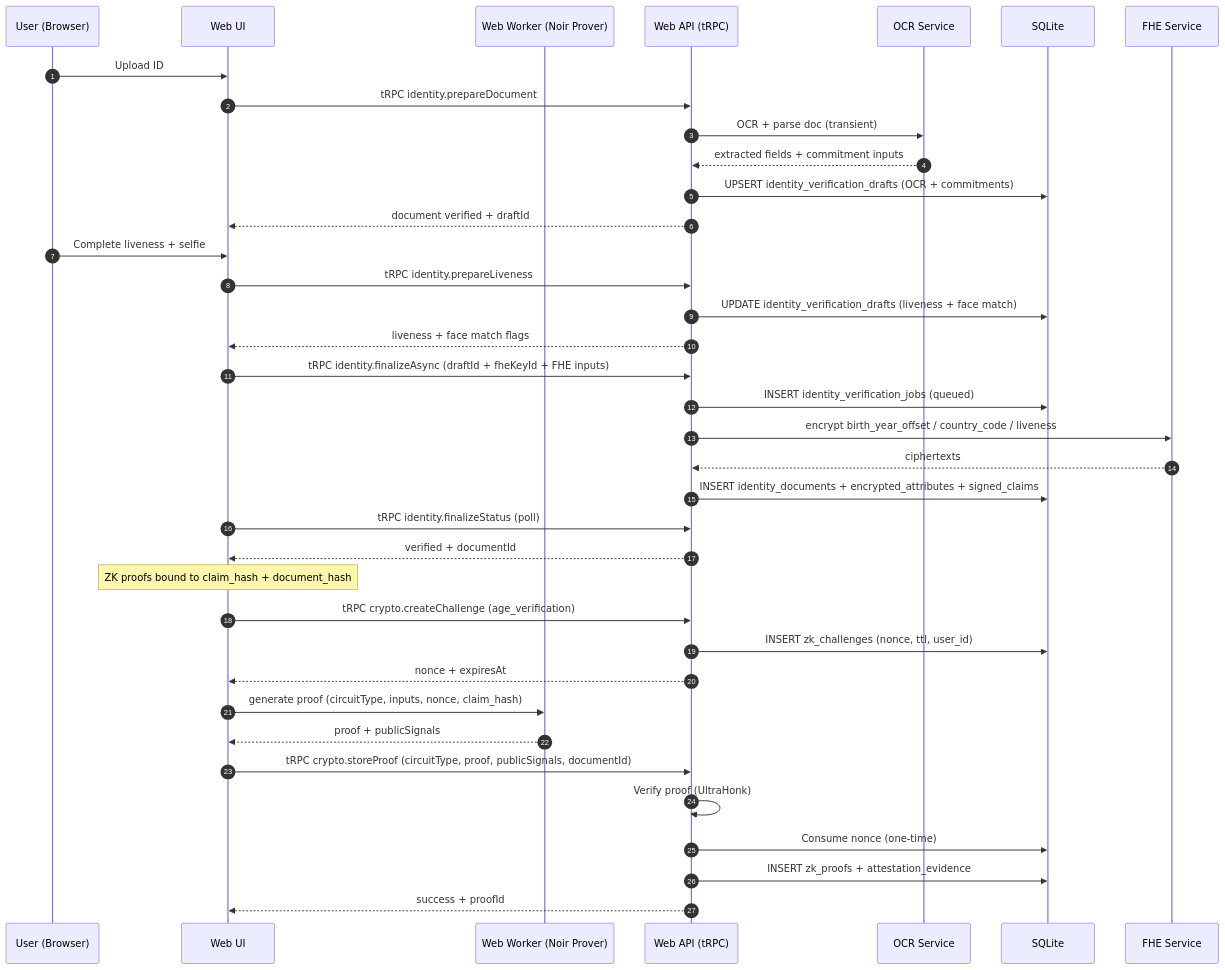
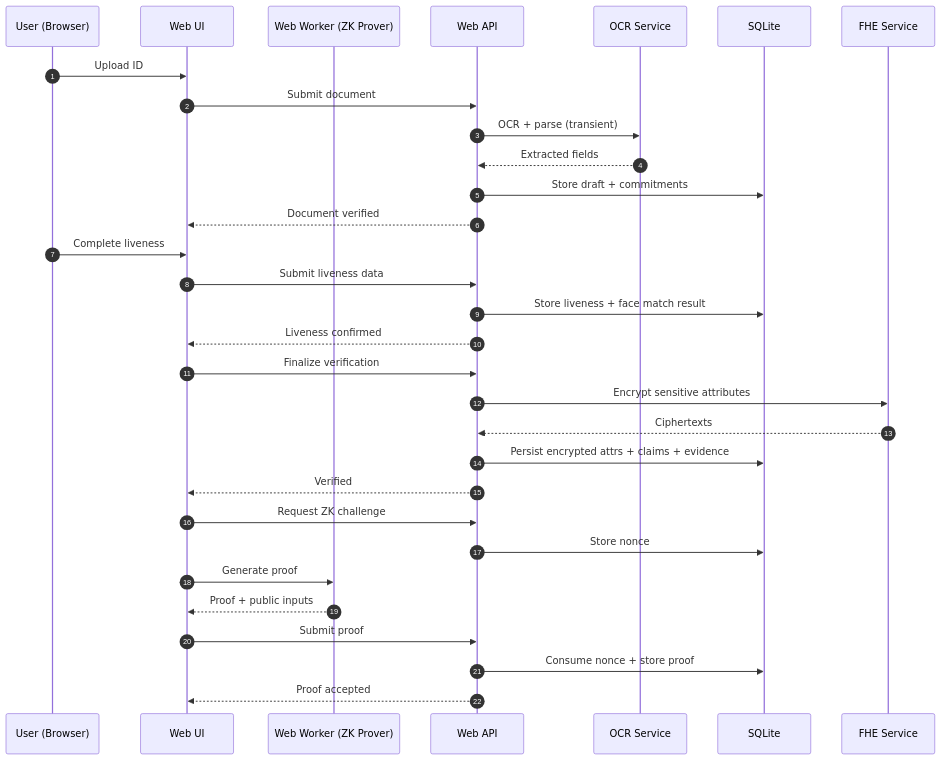
One commit to gustavovalverde/zentity changed the second of 3 diagrams in docs/architecture.md. Above: the diagram before and after it, drawn with Mermaid. The commit also changed other lines of this file and 19 other files, not shown here.

First line of the commit message:
docs: overhaul architecture docs and navigation

````diff
--- a/docs/architecture.md
+++ b/docs/architecture.md
@@ -258,45 +119,37 @@
 ```mermaid
 sequenceDiagram
   autonumber
   participant U as User (Browser)
   participant UI as Web UI
-  participant W as Web Worker (Noir Prover)
-  participant API as Web API (tRPC)
+  participant W as Web Worker (ZK Prover)
+  participant API as Web API
   participant OCR as OCR Service
   participant DB as SQLite
   participant FHE as FHE Service
 
   U->>UI: Upload ID
-  UI->>API: tRPC identity.prepareDocument
-  API->>OCR: OCR + parse doc (transient)
-  OCR-->>API: extracted fields + commitment inputs
-  API->>DB: UPSERT identity_verification_drafts (OCR + commitments)
-  API-->>UI: document verified + draftId
+  UI->>API: Submit document
+  API->>OCR: OCR + parse (transient)
+  OCR-->>API: Extracted fields
+  API->>DB: Store draft + commitments
+  API-->>UI: Document verified
 
-  U->>UI: Complete liveness + selfie
-  UI->>API: tRPC identity.prepareLiveness
-  API->>DB: UPDATE identity_verification_drafts (liveness + face match)
-  API-->>UI: liveness + face match flags
+  U->>UI: Complete liveness
+  UI->>API: Submit liveness data
+  API->>DB: Store liveness + face match result
+  API-->>UI: Liveness confirmed
 
-  UI->>API: tRPC identity.finalizeAsync (draftId + fheKeyId + FHE inputs)
-  API->>DB: INSERT identity_verification_jobs (queued)
-  API->>FHE: encrypt birth_year_offset / country_code / liveness
-  FHE-->>API: ciphertexts
-  API->>DB: INSERT identity_documents + encrypted_attributes + signed_claims
-  UI->>API: tRPC identity.finalizeStatus (poll)
-  API-->>UI: verified + documentId
+  UI->>API: Finalize verification
+  API->>FHE: Encrypt sensitive attributes
+  FHE-->>API: Ciphertexts
+  API->>DB: Persist encrypted attrs + claims + evidence
+  API-->>UI: Verified
 
-  Note over UI: ZK proofs bound to claim_hash + document_hash
-  UI->>API: tRPC crypto.createChallenge (age_verification)
-  API->>DB: INSERT zk_challenges (nonce, ttl, user_id)
-  API-->>UI: nonce + expiresAt
-
-  UI->>W: generate proof (circuitType, inputs, nonce, claim_hash)
-  W-->>UI: proof + publicSignals
-
-  UI->>API: tRPC crypto.storeProof (circuitType, proof, publicSignals, documentId)
-  API->>API: Verify proof (UltraHonk)
-  API->>DB: Consume nonce (one-time)
-  API->>DB: INSERT zk_proofs + attestation_evidence
-  API-->>UI: success + proofId
+  UI->>API: Request ZK challenge
+  API->>DB: Store nonce
+  UI->>W: Generate proof
+  W-->>UI: Proof + public inputs
+  UI->>API: Submit proof
+  API->>DB: Consume nonce + store proof
+  API-->>UI: Proof accepted
 ```
````
